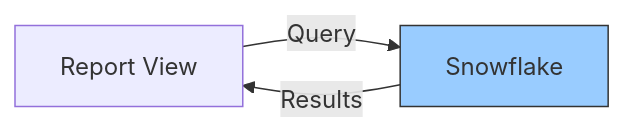
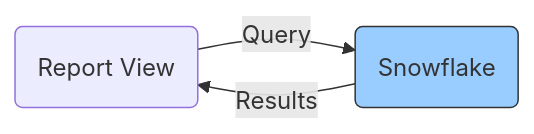
Before and after one commit to svc-bi-concepts/SnowflakeTutorials: the second of 2 diagrams in docs/bi-tools/power-bi.md, drawn with Mermaid. The commit also changed other lines of this file and 35 other files, not shown here.

First line of the commit message:
Add MFA warnings and improve Mermaid diagram styling

````diff
--- a/docs/bi-tools/power-bi.md
+++ b/docs/bi-tools/power-bi.md
@@ -272,6 +284,6 @@
 ```mermaid
 graph LR
-    A[Report View] -->|Query| B[Snowflake]
+    A(Report View) -->|Query| B(Snowflake)
     B -->|Results| A
     style B fill:#9cf,stroke:#333
 ```
````
